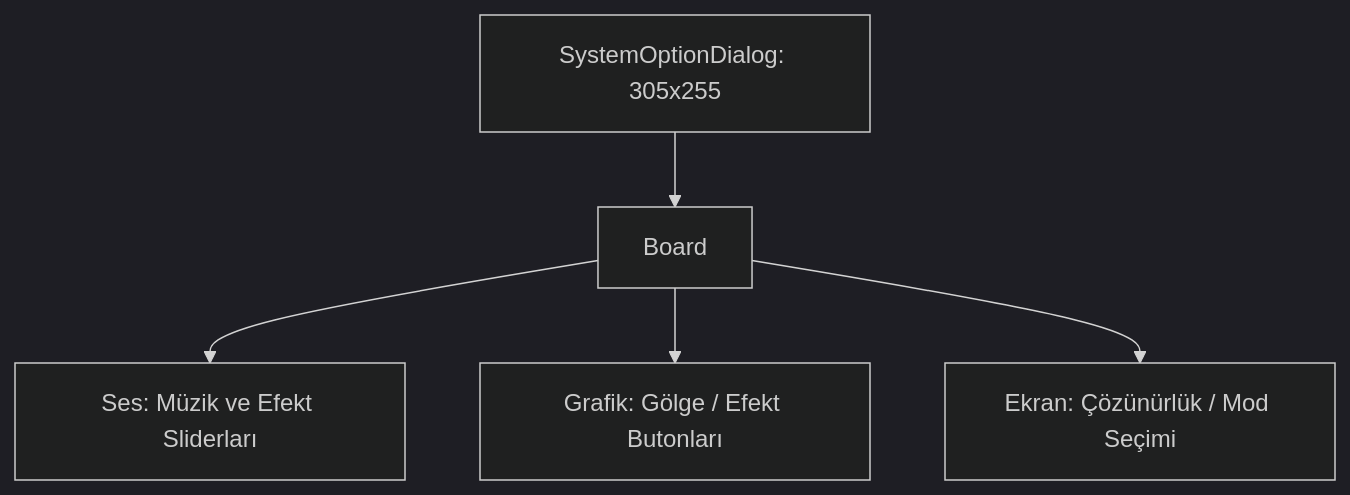
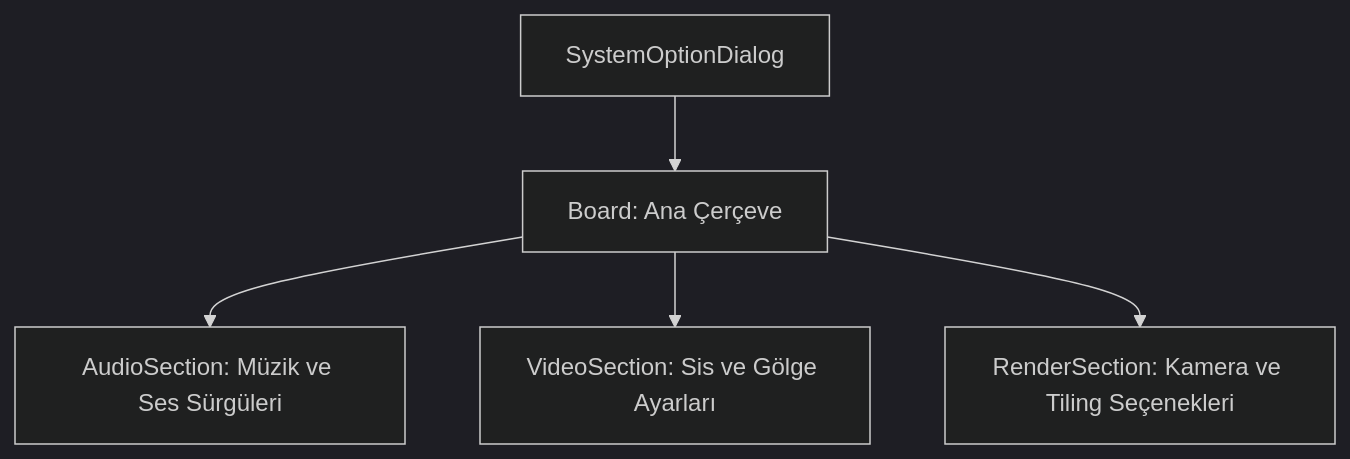
One commit to Engin622/Metin2-Pack-Agent-Skills changed the diagram in uiscript/systemoptiondialog/skills.md. Above: the diagram before and after it, drawn with Mermaid (dark theme). The commit also changed other lines of this file and 10 other files, not shown here.

````diff
--- a/uiscript/systemoptiondialog/skills.md
+++ b/uiscript/systemoptiondialog/skills.md
@@ -34,7 +34,7 @@
 ```mermaid
 graph TD
-    A[SystemOptionDialog: 305x255] --> B[Board]
-    B --> C[Ses: Müzik ve Efekt Sliderları]
-    B --> D[Grafik: Gölge / Efekt Butonları]
-    B --> E[Ekran: Çözünürlük / Mod Seçimi]
+    A[SystemOptionDialog] --> B[Board: Ana Çerçeve]
+    B --> C[AudioSection: Müzik ve Ses Sürgüleri]
+    B --> D[VideoSection: Sis ve Gölge Ayarları]
+    B --> E[RenderSection: Kamera ve Tiling Seçenekleri]
 ```
````
